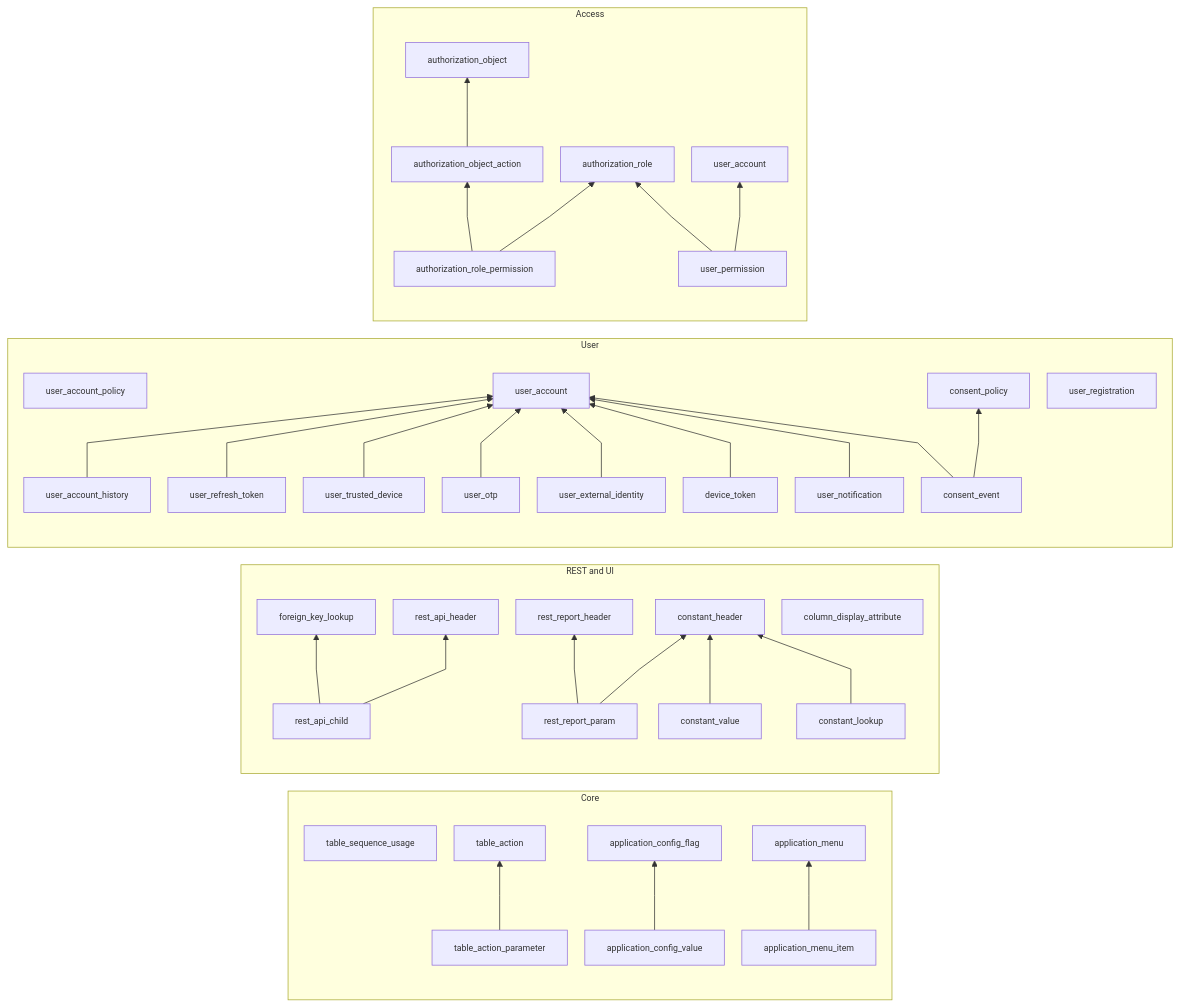
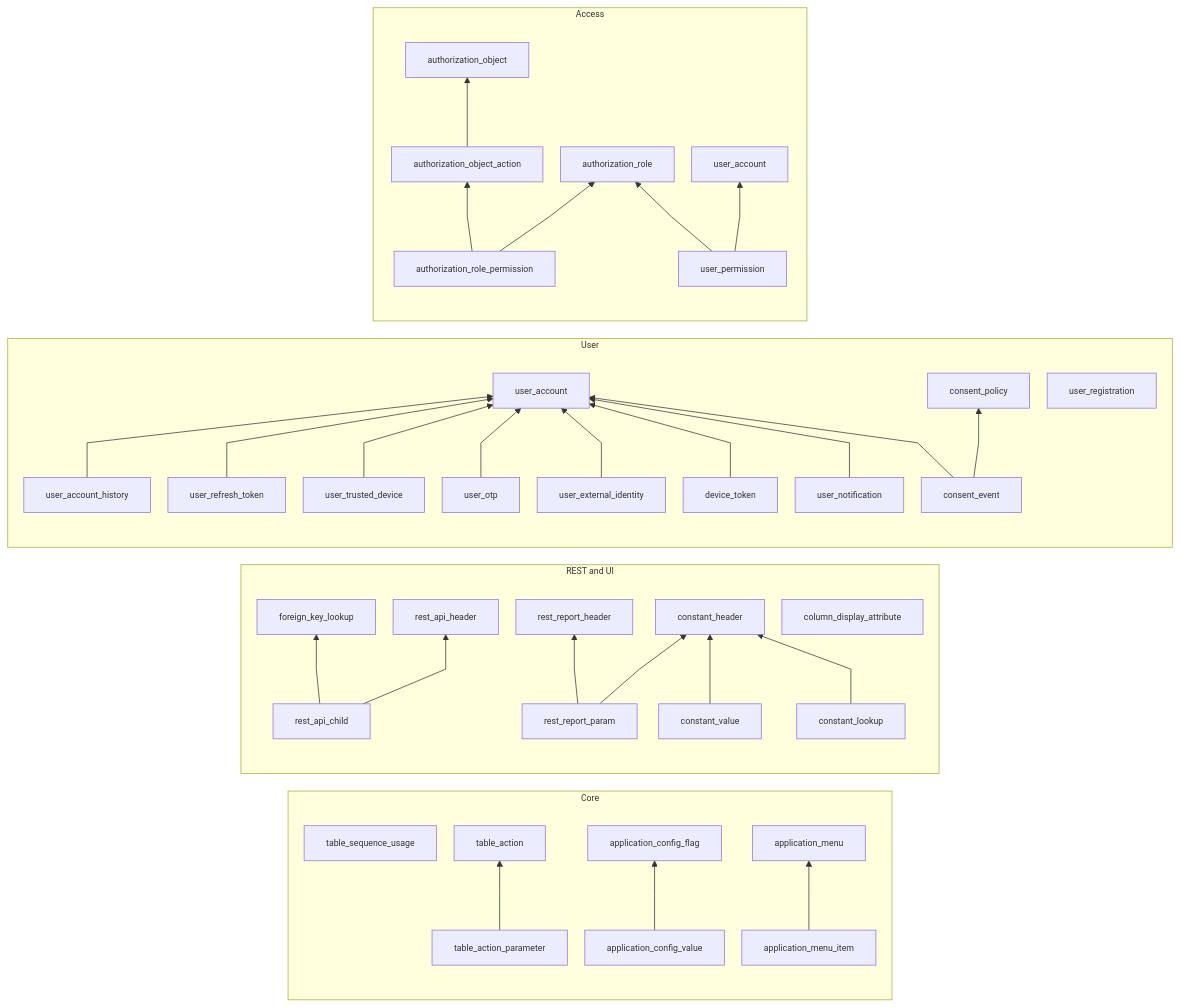
Before and after one commit to nauticana/keel: the first of 20 diagrams in DB.md, drawn with Mermaid. The commit also changed other lines of this file and 52 other files, not shown here.

````diff
--- a/DB.md
+++ b/DB.md
@@ -23,78 +23,77 @@
 ```mermaid
 %%{init: {"flowchart": {"curve": "linear", "nodeSpacing": 24, "rankSpacing": 70, "diagramPadding": 12}, "themeVariables": {"fontSize": "12px"}}}%%
 flowchart RL
     subgraph core["Core"]
         direction BT
         table_sequence_usage["table_sequence_usage"]
         table_action["table_action"]
         table_action_parameter["table_action_parameter"]
         application_config_flag["application_config_flag"]
         application_config_value["application_config_value"]
         application_menu["application_menu"]
         application_menu_item["application_menu_item"]
     end
     table_action_parameter --> table_action
     application_config_value --> application_config_flag
     application_menu_item --> application_menu
 
     subgraph rest["REST and UI"]
         direction BT
         constant_header["constant_header"]
         constant_value["constant_value"]
         constant_lookup["constant_lookup"]
         foreign_key_lookup["foreign_key_lookup"]
         rest_api_header["rest_api_header"]
         rest_api_child["rest_api_child"]
         rest_report_header["rest_report_header"]
         rest_report_param["rest_report_param"]
         column_display_attribute["column_display_attribute"]
     end
     rest_api_child --> foreign_key_lookup
     rest_api_child --> rest_api_header
     rest_report_param --> rest_report_header
     rest_report_param --> constant_header
     constant_value --> constant_header
     constant_lookup --> constant_header
 
     subgraph user["User"]
         direction BT
-        user_account_policy
         user_account
         user_account_history
         user_registration
         user_refresh_token
         user_trusted_device
         user_otp
         user_external_identity
         device_token
         user_notification
         consent_policy
         consent_event
     end
 
     user_account_history --> user_account
     user_refresh_token --> user_account
     user_trusted_device --> user_account
     user_otp --> user_account
     user_external_identity --> user_account
     device_token --> user_account
     user_notification --> user_account
     consent_event --> consent_policy
     consent_event --> user_account
 
     subgraph access["Access"]
         direction BT
         authorization_object
         authorization_object_action
         authorization_role
         authorization_role_permission
         user_permission
         user_account2["user_account"]
     end
 
     authorization_object_action --> authorization_object
     authorization_role_permission --> authorization_role
     authorization_role_permission --> authorization_object_action
     user_permission --> user_account2
     user_permission --> authorization_role
 ```
````
